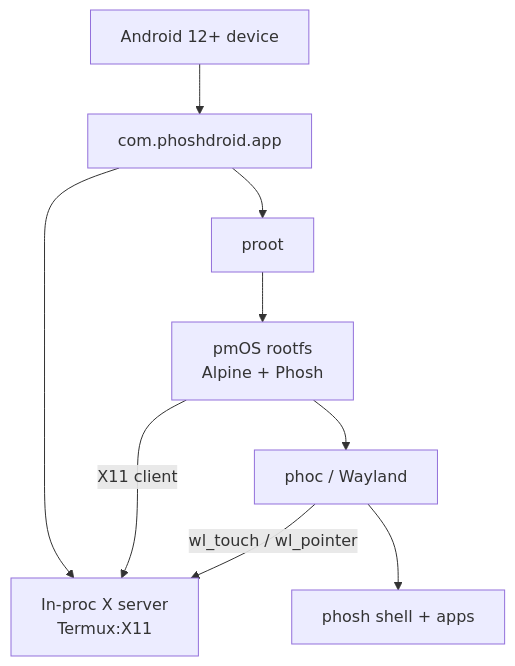
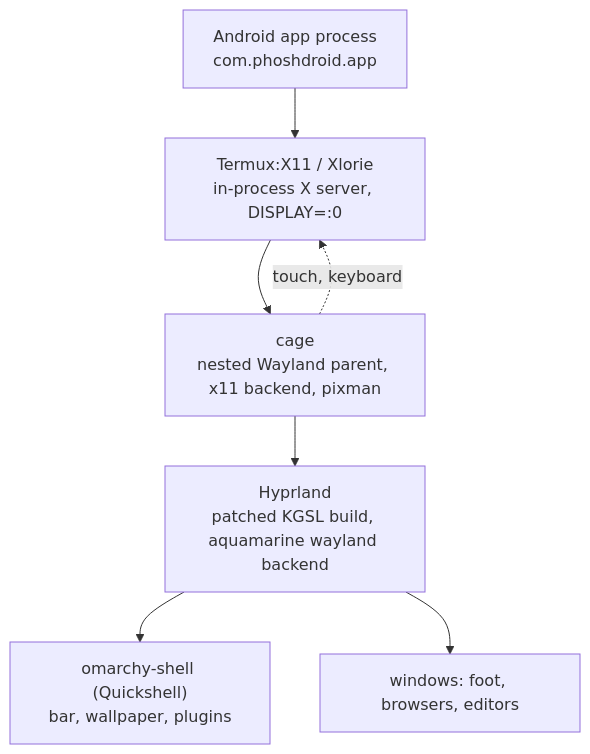
The diagram in README.md (thuongtin/omdroid), drawn with Mermaid before and after one commit. The commit also changed other lines of this file and 45 other files, not shown here.

````diff
--- a/README.md
+++ b/README.md
@@ -36,11 +70,9 @@
 ```mermaid
 graph TD
-    A[Android 12+ device] --> B[com.phoshdroid.app]
-    B --> C[In-proc X server<br/>Termux:X11]
-    B --> D[proot]
-    D --> E[pmOS rootfs<br/>Alpine + Phosh]
-    E -- X11 client --> C
-    E --> F[phoc / Wayland]
-    F --> G[phosh shell + apps]
-    F -- wl_touch / wl_pointer --> C
+    A["Android app process<br/>com.phoshdroid.app"] --> B["Termux:X11 / Xlorie<br/>in-process X server, DISPLAY=:0"]
+    B --> C["cage<br/>nested Wayland parent, x11 backend, pixman"]
+    C --> D["Hyprland<br/>patched KGSL build, aquamarine wayland backend"]
+    D --> E["omarchy-shell (Quickshell)<br/>bar, wallpaper, plugins"]
+    D --> F["windows: foot, browsers, editors"]
+    C -. "touch, keyboard" .-> B
 ```
````
